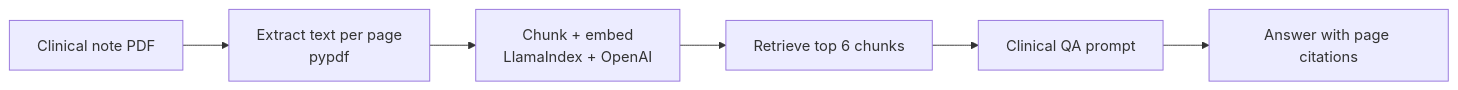
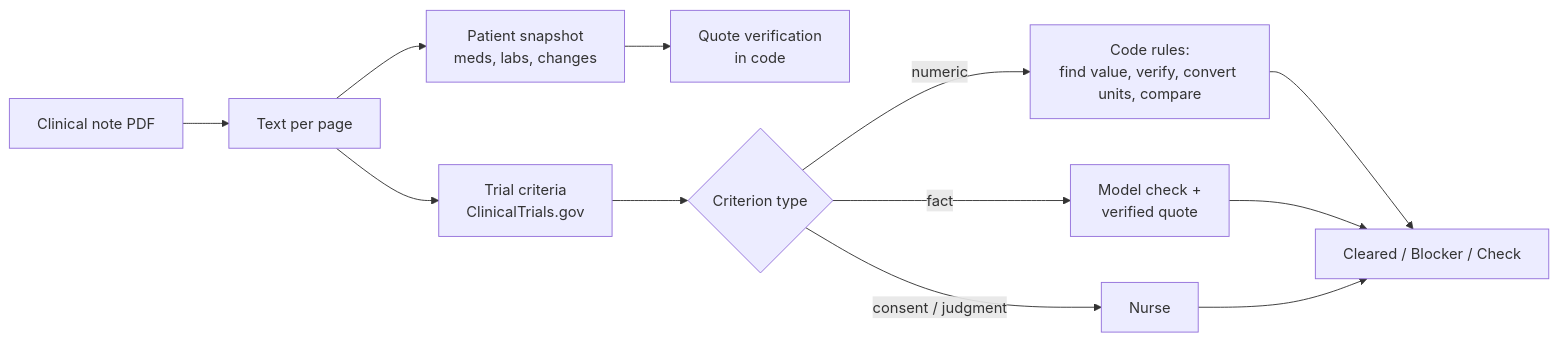
Before and after one commit to ManvishK7122/clinical-rag: the diagram in README.md, drawn with Mermaid. The commit also changed other lines of this file and 1 other file, not shown here.

Commit message:
README: snapshot + trial pre-screening, LLM reads/code decides, results; add CLAUDE.md

````diff
--- a/README.md
+++ b/README.md
@@ -17,8 +30,14 @@
 ```mermaid
 flowchart LR
-    A[Clinical note PDF] --> B[Extract text per page<br/>pypdf]
-    B --> C[Chunk + embed<br/>LlamaIndex + OpenAI]
-    C --> D[Retrieve top 6 chunks]
-    D --> E[Clinical QA prompt]
-    E --> F[Answer with page citations]
+    A[Clinical note PDF] --> B[Text per page]
+    B --> C[Patient snapshot<br/>meds, labs, changes]
+    C --> D[Quote verification<br/>in code]
+    B --> E[Trial criteria<br/>ClinicalTrials.gov]
+    E --> F{Criterion type}
+    F -->|numeric| G[Code rules:<br/>find value, verify, convert units, compare]
+    F -->|fact| H[Model check +<br/>verified quote]
+    F -->|consent / judgment| I[Nurse]
+    G --> J[Cleared / Blocker / Check]
+    H --> J
+    I --> J
 ```
````
